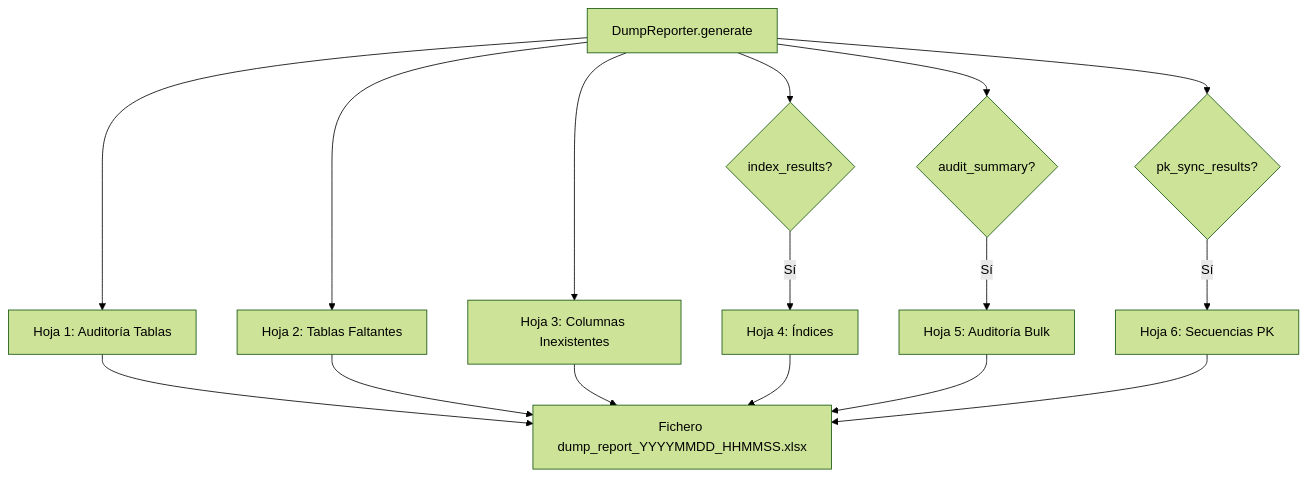
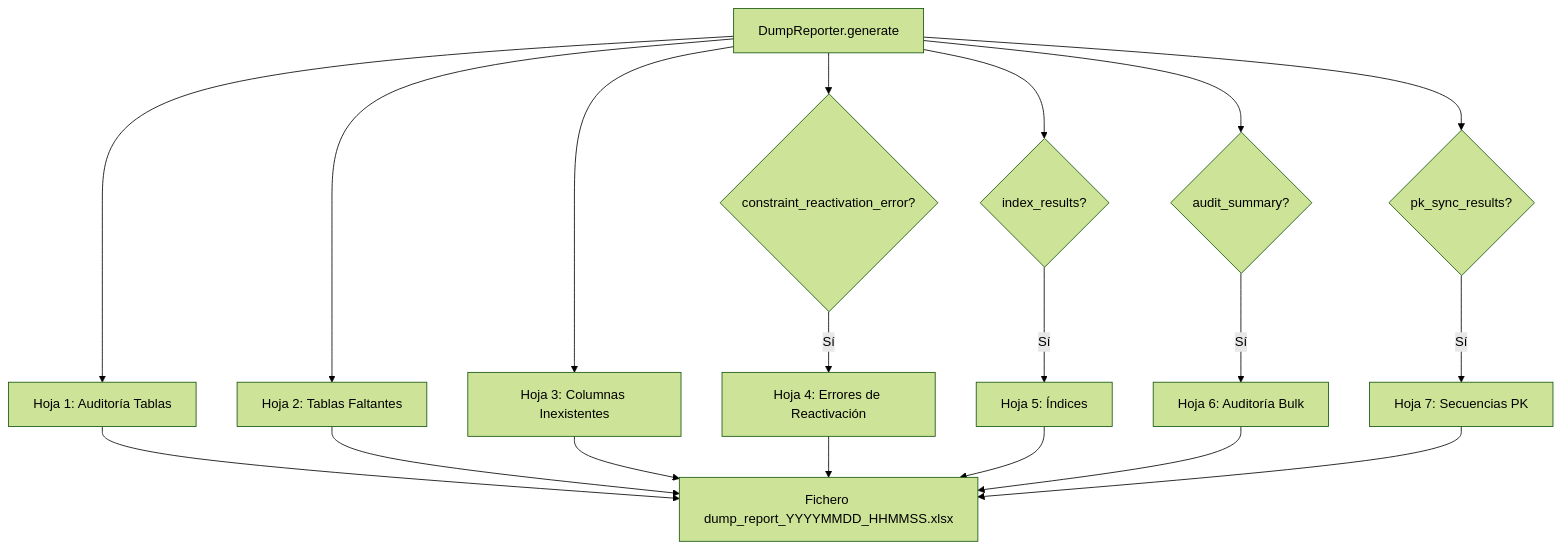
Before and after one commit to fmanza/util_bbdd: the diagram in docs/api/dump_reporter.md, drawn with Mermaid (forest theme). The commit also changed other lines of this file and 1 other file, not shown here.

Commit message:
docs: actualizar API dump y dump_reporter con nueva hoja Excel
- dump.md: agregar constraint_reactivation_error a tabla DumpResult
- dump_reporter.md:
  - Actualizar diagrama mermaid con nueva hoja Errores de Reactivación (Hoja 4)
  - Agregar parámetro constraint_reactivation_error a firma generate()
  - Agregar parámetro a tabla de contratos de entrada
  - Describir nueva hoja 4 (Errores de Reactivación, rojo, solo si != None)
  - Renumerar hojas opcionales (4-5-6-7 en lugar de 4-5-6)

````diff
--- a/docs/api/dump_reporter.md
+++ b/docs/api/dump_reporter.md
@@ -7,13 +7,15 @@
 ```mermaid
 flowchart TD
     A[DumpReporter.generate] --> B[Hoja 1: Auditoría Tablas]
     A --> C[Hoja 2: Tablas Faltantes]
     A --> D[Hoja 3: Columnas Inexistentes]
-    A --> E{index_results?}
-    E -- Sí --> F[Hoja 4: Índices]
+    A --> E{constraint_reactivation_error?}
+    E -- Sí --> E1[Hoja 4: Errores de Reactivación]
+    A --> F{index_results?}
+    F -- Sí --> F1[Hoja 5: Índices]
     A --> H{audit_summary?}
-    H -- Sí --> I[Hoja 5: Auditoría Bulk]
+    H -- Sí --> I[Hoja 6: Auditoría Bulk]
     A --> J{pk_sync_results?}
-    J -- Sí --> K[Hoja 6: Secuencias PK]
-    B & C & D & F & I & K --> G[Fichero dump_report_YYYYMMDD_HHMMSS.xlsx]
+    J -- Sí --> K[Hoja 7: Secuencias PK]
+    B & C & D & E1 & F1 & I & K --> G[Fichero dump_report_YYYYMMDD_HHMMSS.xlsx]
 ```
````
